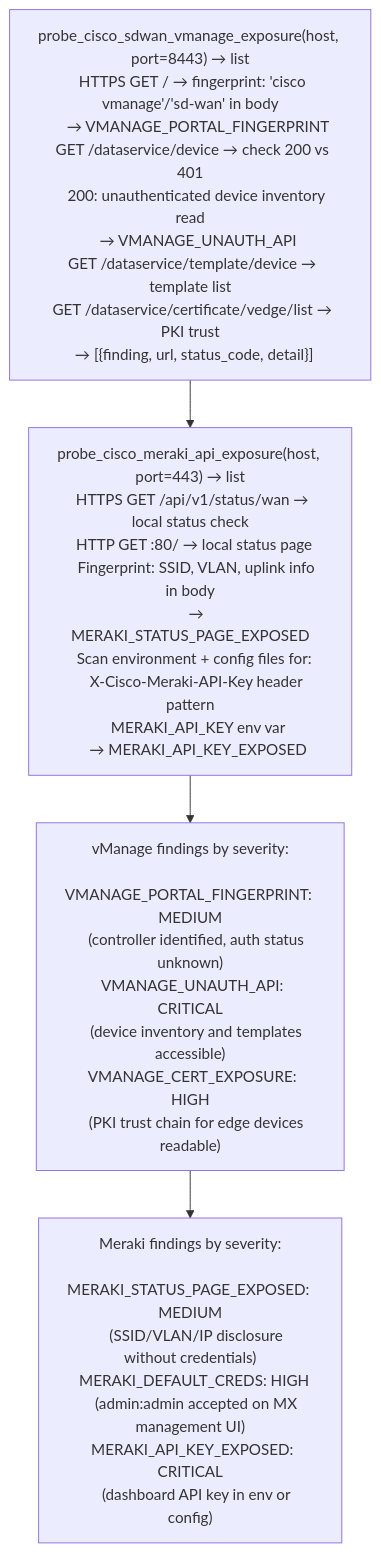
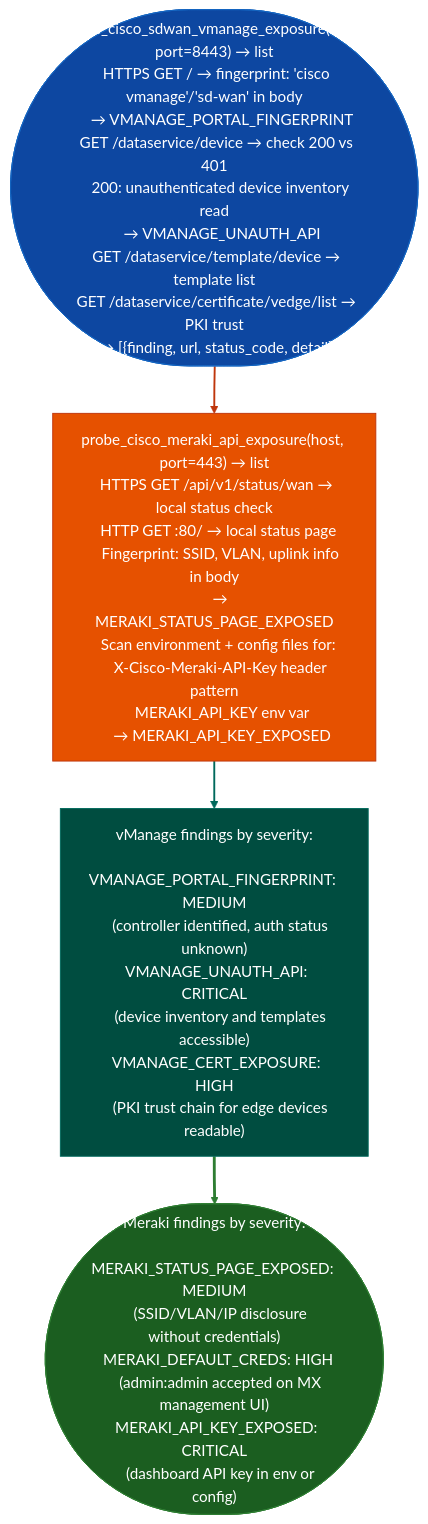
The diagram in docs/reference-modules/sd-wan-meraki-management-probes.md (Ablation-Tool/ablation), drawn with Mermaid before and after one commit. The commit also changed 320 other files, not shown here.

First line of the commit message:
docs: apply canonical Mermaid template to all 321 diagrams

````diff
--- a/docs/reference-modules/sd-wan-meraki-management-probes.md
+++ b/docs/reference-modules/sd-wan-meraki-management-probes.md
@@ -19,6 +19,15 @@
 ```mermaid
 flowchart TD
-    A["probe_cisco_sdwan_vmanage_exposure(host, port=8443) → list\n  HTTPS GET / → fingerprint: 'cisco vmanage'/'sd-wan' in body\n    → VMANAGE_PORTAL_FINGERPRINT\n  GET /dataservice/device → check 200 vs 401\n    200: unauthenticated device inventory read\n    → VMANAGE_UNAUTH_API\n  GET /dataservice/template/device → template list\n  GET /dataservice/certificate/vedge/list → PKI trust\n  → [{finding, url, status_code, detail}]"] --> B["probe_cisco_meraki_api_exposure(host, port=443) → list\n  HTTPS GET /api/v1/status/wan → local status check\n  HTTP GET :80/ → local status page\n    Fingerprint: SSID, VLAN, uplink info in body\n    → MERAKI_STATUS_PAGE_EXPOSED\n  Scan environment + config files for:\n    X-Cisco-Meraki-API-Key header pattern\n    MERAKI_API_KEY env var\n    → MERAKI_API_KEY_EXPOSED"]
-    B --> C["vManage findings by severity:\n  VMANAGE_PORTAL_FINGERPRINT: MEDIUM\n    (controller identified, auth status unknown)\n  VMANAGE_UNAUTH_API: CRITICAL\n    (device inventory and templates accessible)\n  VMANAGE_CERT_EXPOSURE: HIGH\n    (PKI trust chain for edge devices readable)"]
-    C --> D["Meraki findings by severity:\n  MERAKI_STATUS_PAGE_EXPOSED: MEDIUM\n    (SSID/VLAN/IP disclosure without credentials)\n  MERAKI_DEFAULT_CREDS: HIGH\n    (admin:admin accepted on MX management UI)\n  MERAKI_API_KEY_EXPOSED: CRITICAL\n    (dashboard API key in env or config)"]
+    A(["probe_cisco_sdwan_vmanage_exposure(host, port=8443) → list\n  HTTPS GET / → fingerprint: 'cisco vmanage'/'sd-wan' in body\n    → VMANAGE_PORTAL_FINGERPRINT\n  GET /dataservice/device → check 200 vs 401\n    200: unauthenticated device inventory read\n    → VMANAGE_UNAUTH_API\n  GET /dataservice/template/device → template list\n  GET /dataservice/certificate/vedge/list → PKI trust\n  → [{finding, url, status_code, detail}]"]):::input --> B["probe_cisco_meraki_api_exposure(host, port=443) → list\n  HTTPS GET /api/v1/status/wan → local status check\n  HTTP GET :80/ → local status page\n    Fingerprint: SSID, VLAN, uplink info in body\n    → MERAKI_STATUS_PAGE_EXPOSED\n  Scan environment + config files for:\n    X-Cisco-Meraki-API-Key header pattern\n    MERAKI_API_KEY env var\n    → MERAKI_API_KEY_EXPOSED"]:::primary
+    B:::primary --> C["vManage findings by severity:\n  VMANAGE_PORTAL_FINGERPRINT: MEDIUM\n    (controller identified, auth status unknown)\n  VMANAGE_UNAUTH_API: CRITICAL\n    (device inventory and templates accessible)\n  VMANAGE_CERT_EXPOSURE: HIGH\n    (PKI trust chain for edge devices readable)"]:::secondary
+    C:::secondary --> D(["Meraki findings by severity:\n  MERAKI_STATUS_PAGE_EXPOSED: MEDIUM\n    (SSID/VLAN/IP disclosure without credentials)\n  MERAKI_DEFAULT_CREDS: HIGH\n    (admin:admin accepted on MX management UI)\n  MERAKI_API_KEY_EXPOSED: CRITICAL\n    (dashboard API key in env or config)"]):::output
+    classDef input     fill:#0d47a1,stroke:#1565c0,color:#fff
+    classDef primary   fill:#e65100,stroke:#bf360c,color:#fff
+    classDef secondary fill:#004d40,stroke:#00695c,color:#fff
+    classDef tertiary  fill:#4a148c,stroke:#6a1b9a,color:#fff
+    classDef neutral   fill:#37474f,stroke:#546e7a,color:#fff
+    classDef output    fill:#1b5e20,stroke:#2e7d32,color:#fff
+    linkStyle 0 stroke:#bf360c,stroke-width:2px
+    linkStyle 1 stroke:#00695c,stroke-width:2px
+    linkStyle 2 stroke:#2e7d32,stroke-width:3px
 ```
````
